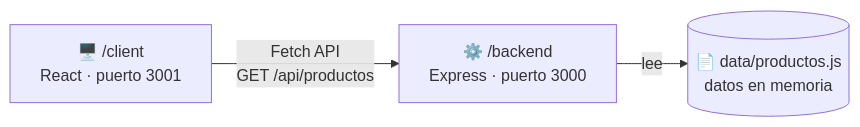
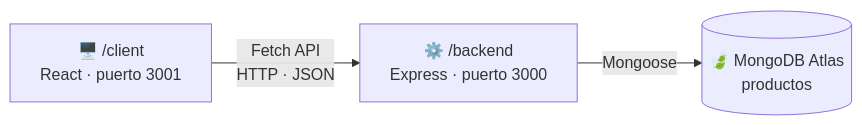
The diagram in README.md (lauta201/muebleria-hermanos-jota), drawn with Mermaid before and after one commit. The commit also changed other lines of this file, not shown here.

````diff
--- a/README.md
+++ b/README.md
@@ -82,5 +110,5 @@
 ```mermaid
 flowchart LR
-    A["🖥️ /client<br/>React · puerto 3001"] -- "Fetch API<br/>GET /api/productos" --> B["⚙️ /backend<br/>Express · puerto 3000"]
-    B -- "lee" --> C[("📄 data/productos.js<br/>datos en memoria")]
+    A["🖥️ /client<br/>React · puerto 3001"] -- "Fetch API<br/>HTTP · JSON" --> B["⚙️ /backend<br/>Express · puerto 3000"]
+    B -- "Mongoose" --> C[("🍃 MongoDB Atlas<br/>productos")]
 ```
````
